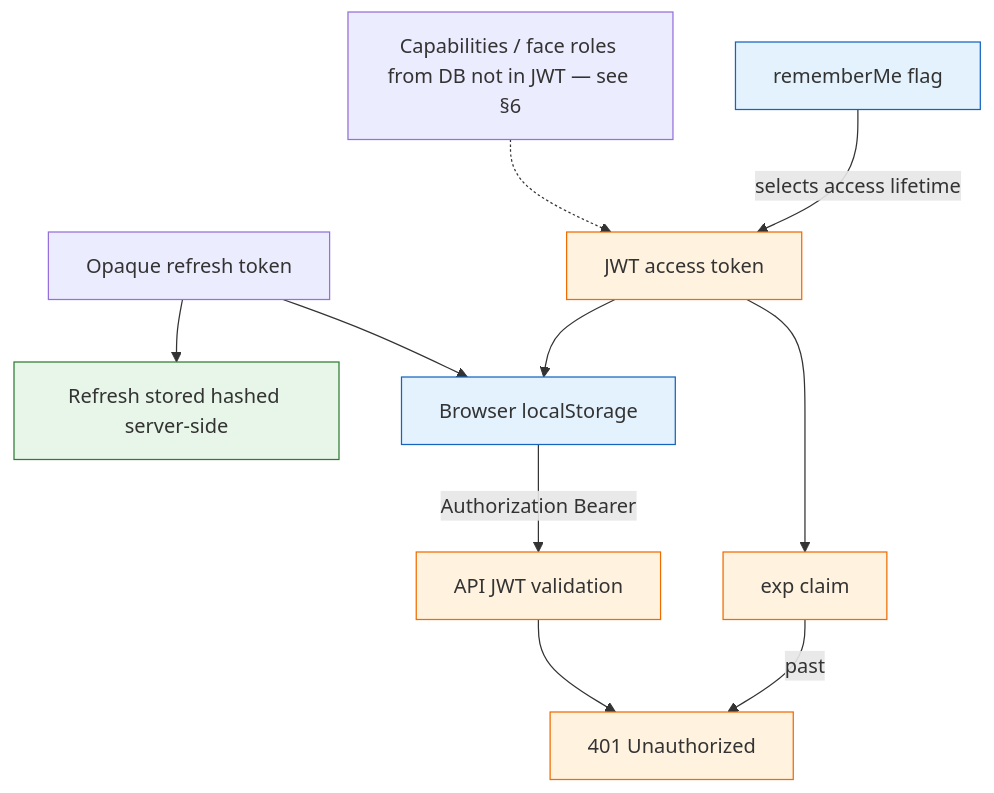
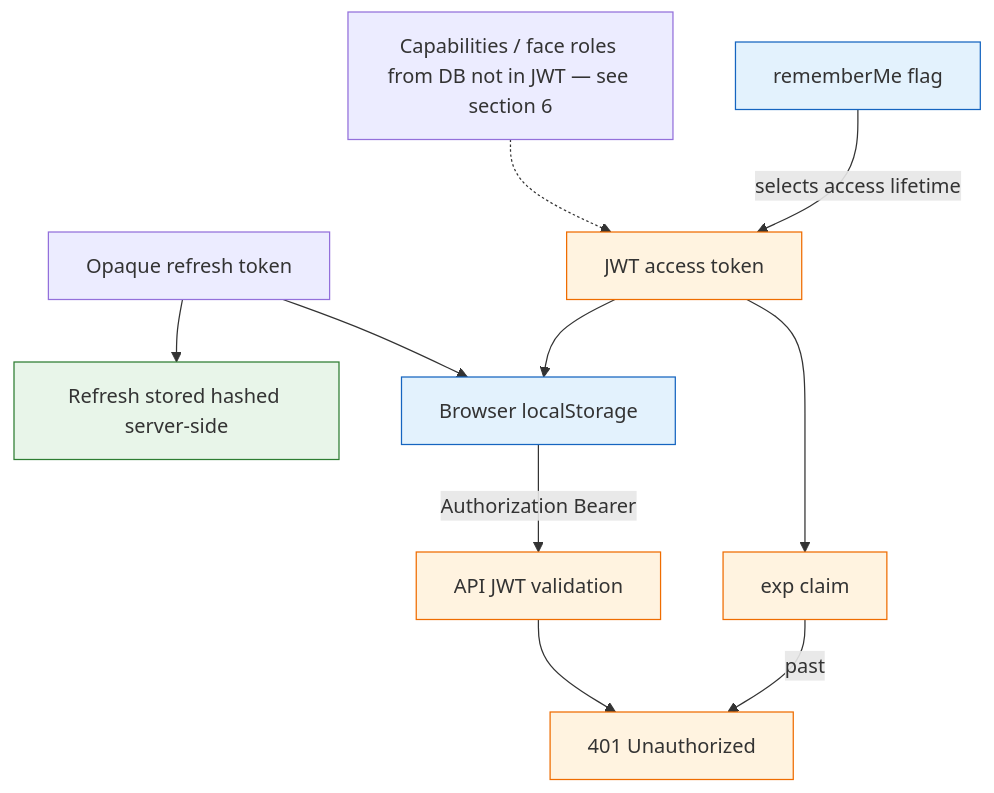
The first of 6 diagrams in docs/guides/authentication-and-sessions.md (01laky/mfai_demo), drawn with Mermaid before and after one commit. The commit also changed other lines of this file and 8 other files, not shown here.

````diff
--- a/docs/guides/authentication-and-sessions.md
+++ b/docs/guides/authentication-and-sessions.md
@@ -22,29 +22,29 @@
 ```mermaid
 flowchart TB
   RememberMe[rememberMe flag]
   AccessToken[JWT access token]
   Exp[exp claim]
   Refresh[Opaque refresh token]
   ServerHash[Refresh stored hashed server-side]
   Storage[Browser localStorage]
   ApiVal[API JWT validation]
   N401[401 Unauthorized]
-  CapNote["Capabilities / face roles from DB not in JWT — see §6"]
+  CapNote["Capabilities / face roles from DB not in JWT — see section 6"]
 
   RememberMe -->|selects access lifetime| AccessToken
   AccessToken --> Exp
   Refresh --> ServerHash
   AccessToken --> Storage
   Refresh --> Storage
   Storage -->|Authorization Bearer| ApiVal
   Exp -->|past| N401
   ApiVal --> N401
   CapNote -.-> AccessToken
 
   classDef clientFill fill:#e3f2fd,stroke:#1565c0
   classDef apiFill fill:#fff3e0,stroke:#ef6c00
   classDef dbFill fill:#e8f5e9,stroke:#2e7d32
   class RememberMe,Storage clientFill
   class AccessToken,Exp,ApiVal,N401 apiFill
   class ServerHash dbFill
 ```
````
